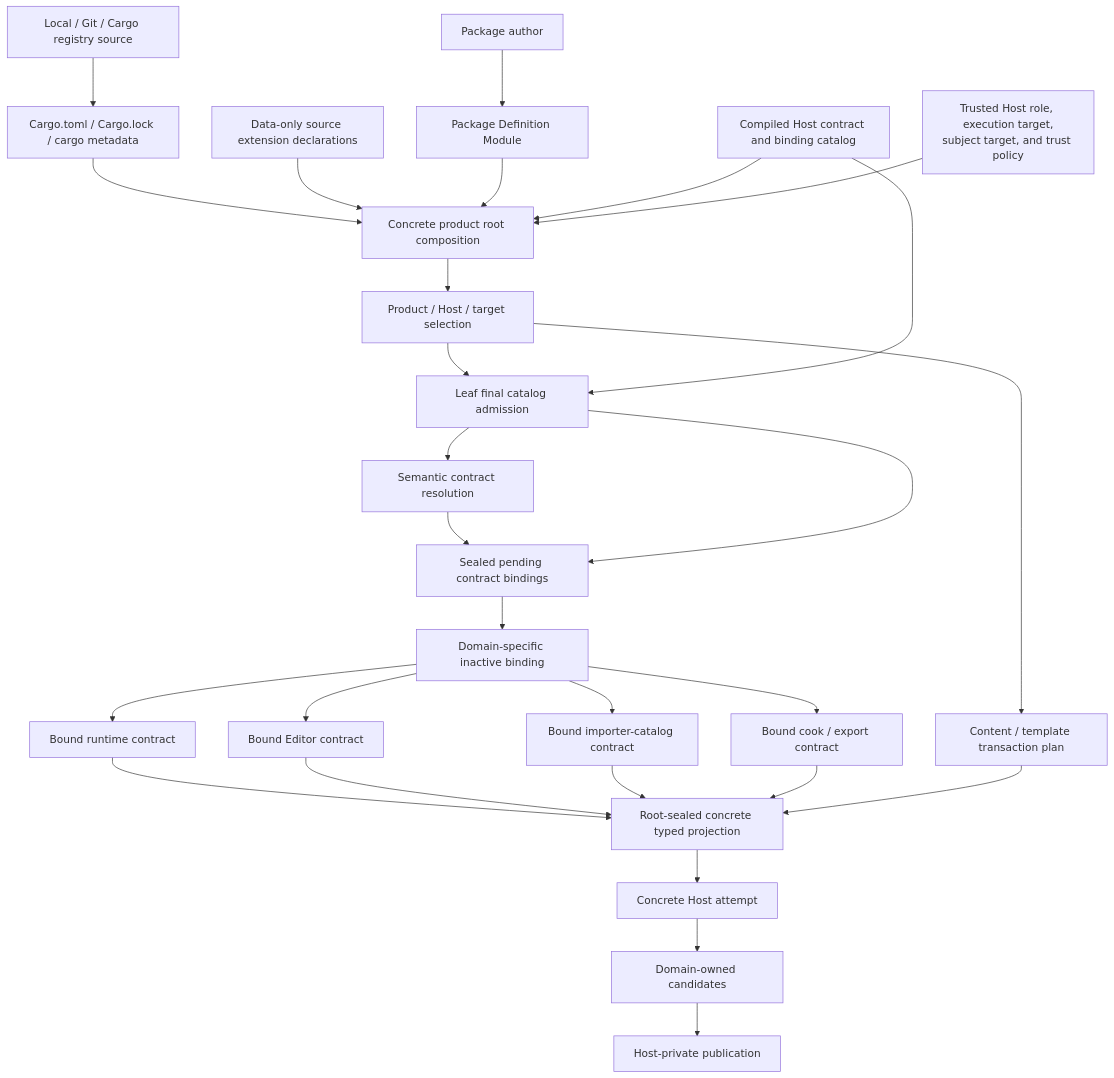
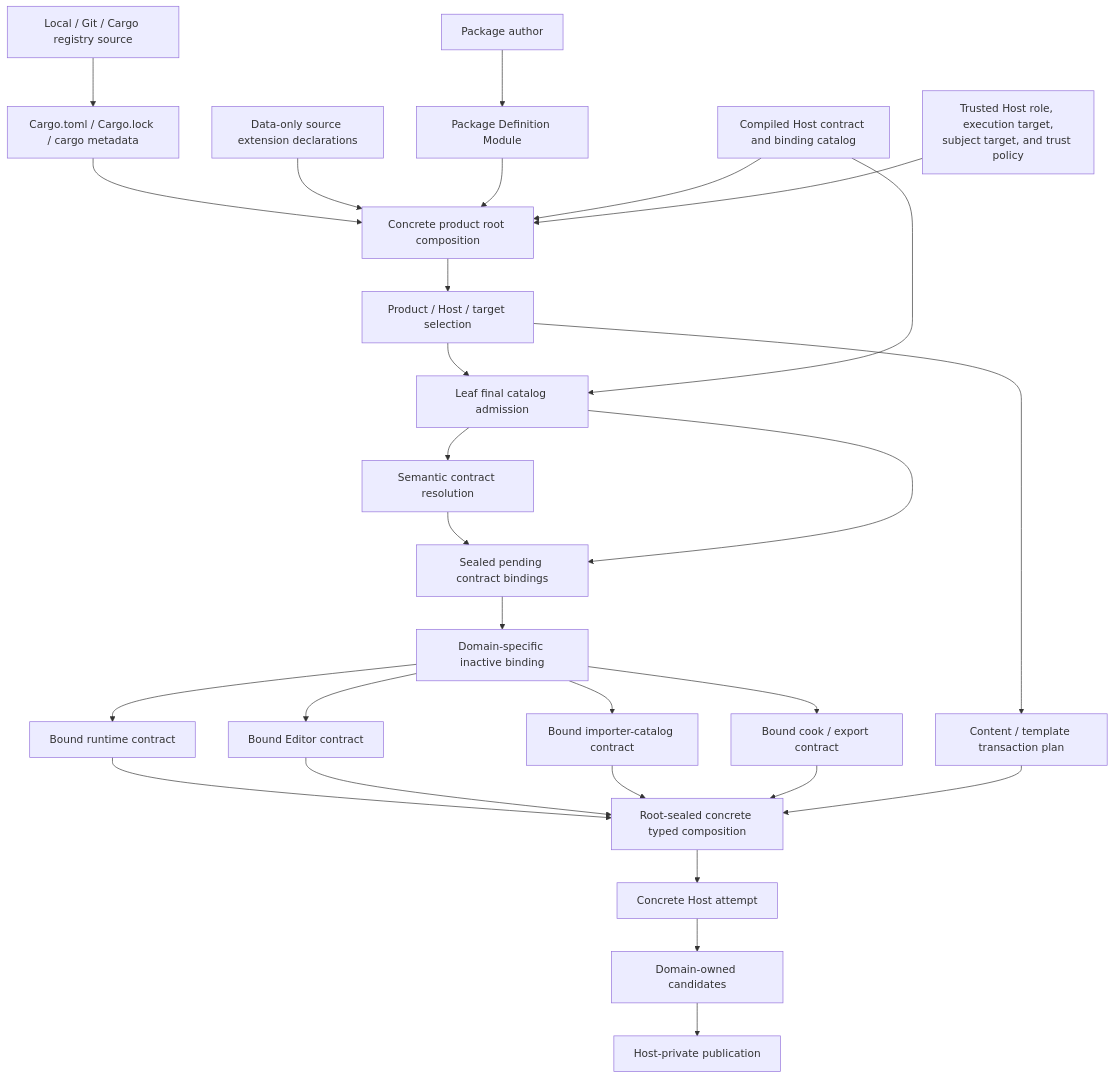
One commit to Latias94/nara changed the first of 2 diagrams in docs/architecture/source-extension-package-interface-design.md. Above: the diagram before and after it, drawn with Mermaid. The commit also changed other lines of this file and 15 other files, not shown here.

First line of the commit message:
docs(architecture): tighten runtime and authoring interfaces

````diff
--- a/docs/architecture/source-extension-package-interface-design.md
+++ b/docs/architecture/source-extension-package-interface-design.md
@@ -244,50 +244,50 @@
 ```mermaid
 flowchart TD
     Author[Package author] --> Definition[Package Definition Module]
     Cargo[Cargo.toml / Cargo.lock / cargo metadata]
     Source[Local / Git / Cargo registry source]
     Manifest[Data-only source extension declarations]
     Catalog[Compiled Host contract and binding catalog]
     Policy[Trusted Host role, execution target,<br/>subject target, and trust policy]
     Root[Concrete product root composition]
     Selection[Product / Host / target selection]
     Admission[Leaf final catalog admission]
     Resolve[Semantic contract resolution]
     Pending[Sealed pending contract bindings]
     Bind[Domain-specific inactive binding]
     Runtime[Bound runtime contract]
     Editor[Bound Editor contract]
     Import[Bound importer-catalog contract]
     Build[Bound cook / export contract]
     Content[Content / template transaction plan]
-    Projection[Root-sealed concrete typed projection]
+    Composition[Root-sealed concrete typed composition]
     Host[Concrete Host attempt]
     Candidate[Domain-owned candidates]
     Publish[Host-private publication]
 
     Source --> Cargo
     Cargo --> Root
     Manifest --> Root
     Definition --> Root
     Catalog --> Root
     Policy --> Root
     Root --> Selection
     Selection --> Admission
     Catalog --> Admission
     Admission --> Resolve
     Resolve --> Pending
     Admission --> Pending
     Pending --> Bind
     Bind --> Runtime
     Bind --> Editor
     Bind --> Import
     Bind --> Build
     Selection --> Content
-    Runtime --> Projection
-    Editor --> Projection
-    Import --> Projection
-    Build --> Projection
-    Content --> Projection
-    Projection --> Host
+    Runtime --> Composition
+    Editor --> Composition
+    Import --> Composition
+    Build --> Composition
+    Content --> Composition
+    Composition --> Host
     Host --> Candidate --> Publish
 ```
````
